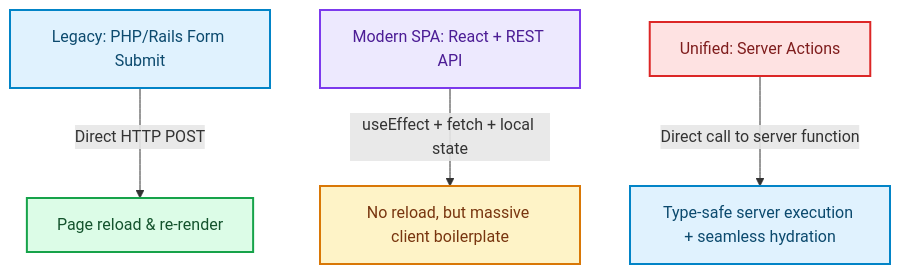
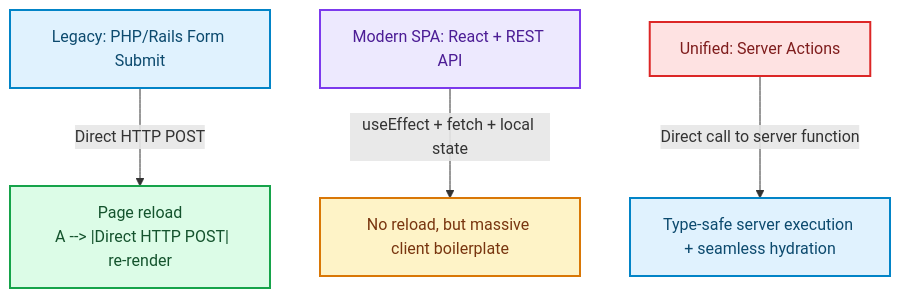
The diagram in blog/posts/nextjs-server-actions-unified-mutations.md (akmalkhaniub/akmalkhaniub.github.io), drawn with Mermaid before and after one commit. The commit also changed other lines of this file and 894 other files, not shown here.

Commit message:
feat(blog): upgrade all 444 posts with unique staggered dates, 2-col Mermaid spines, benchmark tables, code blocks, and trade-offs

````diff
--- a/blog/posts/nextjs-server-actions-unified-mutations.md
+++ b/blog/posts/nextjs-server-actions-unified-mutations.md
@@ -21,17 +21,18 @@
 ```mermaid
 flowchart TD
-  A["Legacy: PHP/Rails Form Submit"] -->|Direct HTTP POST| B["Page reload & re-render"]
+  A["Legacy: PHP/Rails Form Submit"] --> |Direct HTTP POST| B["Page reload
+  A --> |Direct HTTP POST| re-render"]
   C["Modern SPA: React + REST API"] -->|useEffect + fetch + local state| D["No reload, but massive client boilerplate"]
   E["Unified: Server Actions"] -->|Direct call to server function| F["Type-safe server execution + seamless hydration"]
 
 classDef green fill:#dcfce7,stroke:#16a34a,stroke-width:2px,color:#14532d;
 classDef red fill:#fee2e2,stroke:#dc2626,stroke-width:2px,color:#7f1d1d;
 classDef blue fill:#e0f2fe,stroke:#0284c7,stroke-width:2px,color:#0c4a6e;
 classDef yellow fill:#fef3c7,stroke:#d97706,stroke-width:2px,color:#78350f;
 classDef purple fill:#ede9fe,stroke:#7c3aed,stroke-width:2px,color:#4c1d95;
 class A,F blue
 class B green
 class C purple
 class D yellow
 class E red
 ```
````
